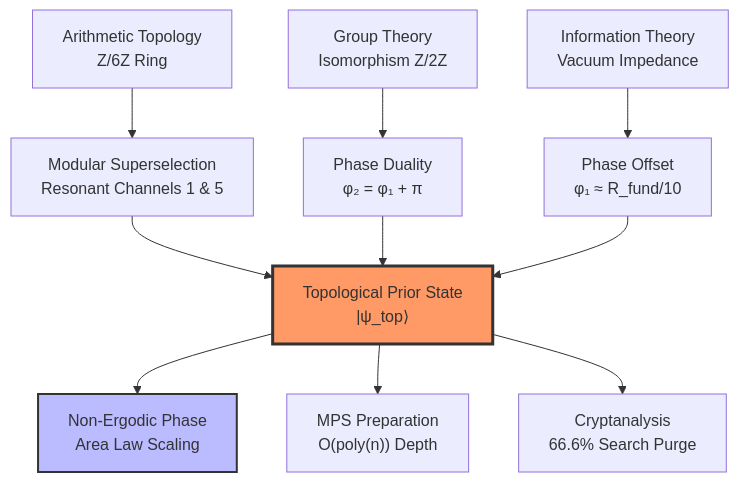
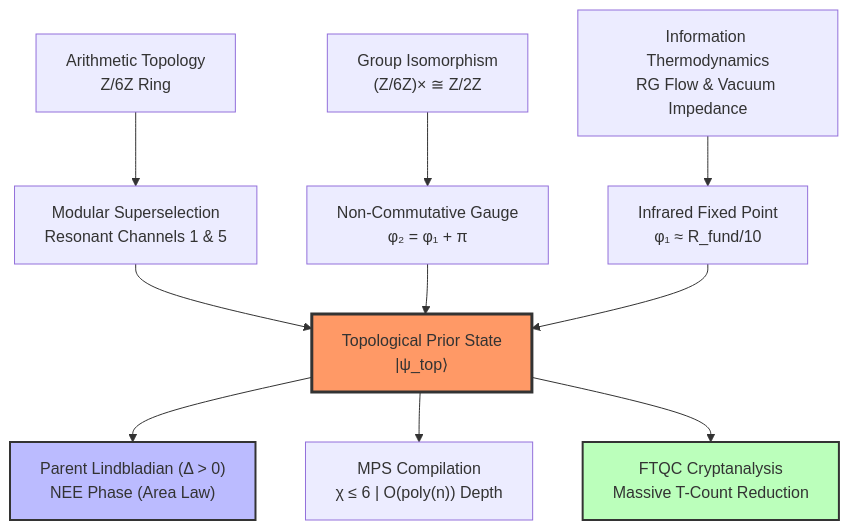
The diagram in README.md (NachoPeinador/Phase-Pi-Quantum-Prior), drawn with Mermaid before and after one commit. The commit also changed other lines of this file, not shown here.

`````diff
--- a/README.md
+++ b/README.md
@@ -46,18 +40,18 @@
 ```mermaid
 graph TD
     A["Arithmetic Topology<br>Z/6Z Ring"] --> B["Modular Superselection<br>Resonant Channels 1 & 5"]
-    C["Group Theory<br>Isomorphism Z/2Z"] --> D["Phase Duality<br>φ₂ = φ₁ + π"]
-    E["Information Theory<br>Vacuum Impedance"] --> F["Phase Offset<br>φ₁ ≈ R_fund/10"]
+    C["Group Isomorphism<br>(Z/6Z)× ≅ Z/2Z"] --> D["Non-Commutative Gauge<br>φ₂ = φ₁ + π"]
+    E["Information Thermodynamics<br>RG Flow & Vacuum Impedance"] --> F["Infrared Fixed Point<br>φ₁ ≈ R_fund/10"]
     
     B --> H["Topological Prior State<br>|ψ_top⟩"]
     D --> H
     F --> H
     
-    H --> NEE["Non-Ergodic Phase<br>Area Law Scaling"]
-    H --> MPS["MPS Preparation<br>O(poly(n)) Depth"]
-    H --> CRYP["Cryptanalysis<br>66.6% Search Purge"]
+    H --> NEE["Parent Lindbladian (Δ > 0)<br>NEE Phase (Area Law)"]
+    H --> MPS["MPS Compilation<br>χ ≤ 6 | O(poly(n)) Depth"]
+    H --> CRYP["FTQC Cryptanalysis<br>Massive T-Count Reduction"]
 
     style H fill:#f96,stroke:#333,stroke-width:3px
     style NEE fill:#bbf,stroke:#333,stroke-width:2px
-
-```
+    style CRYP fill:#bfb,stroke:#333,stroke-width:2px
+````
`````
